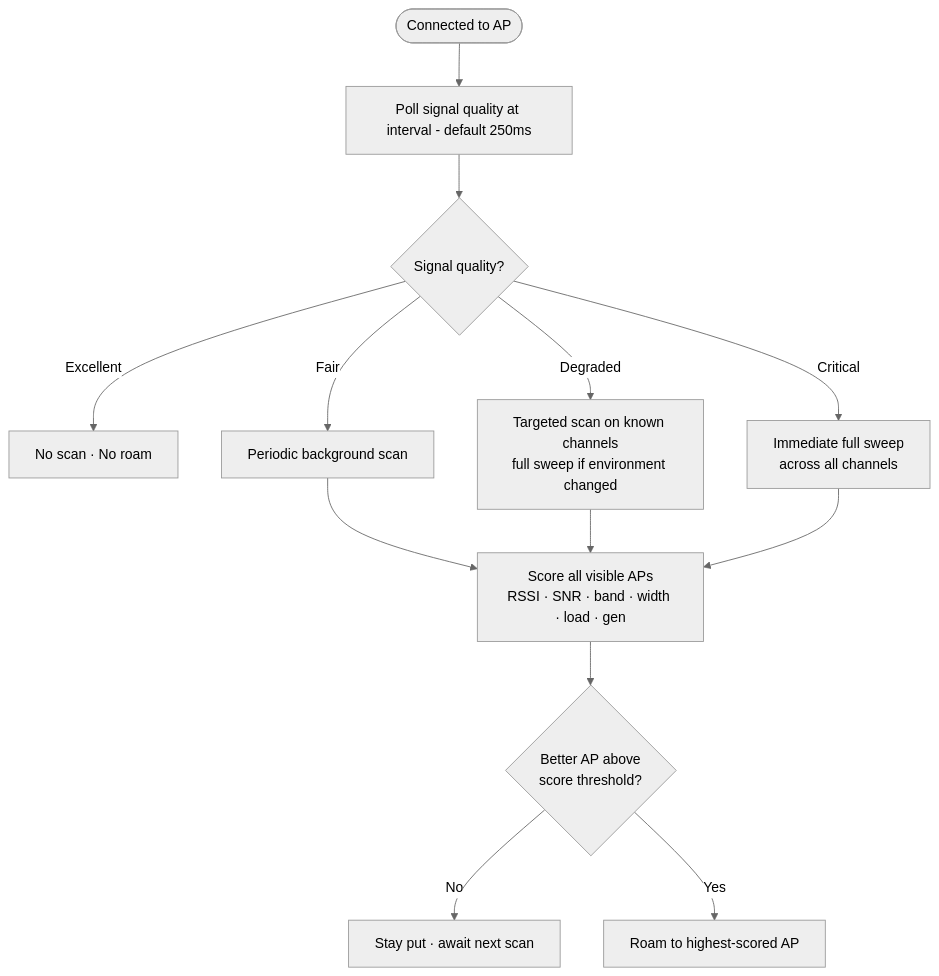
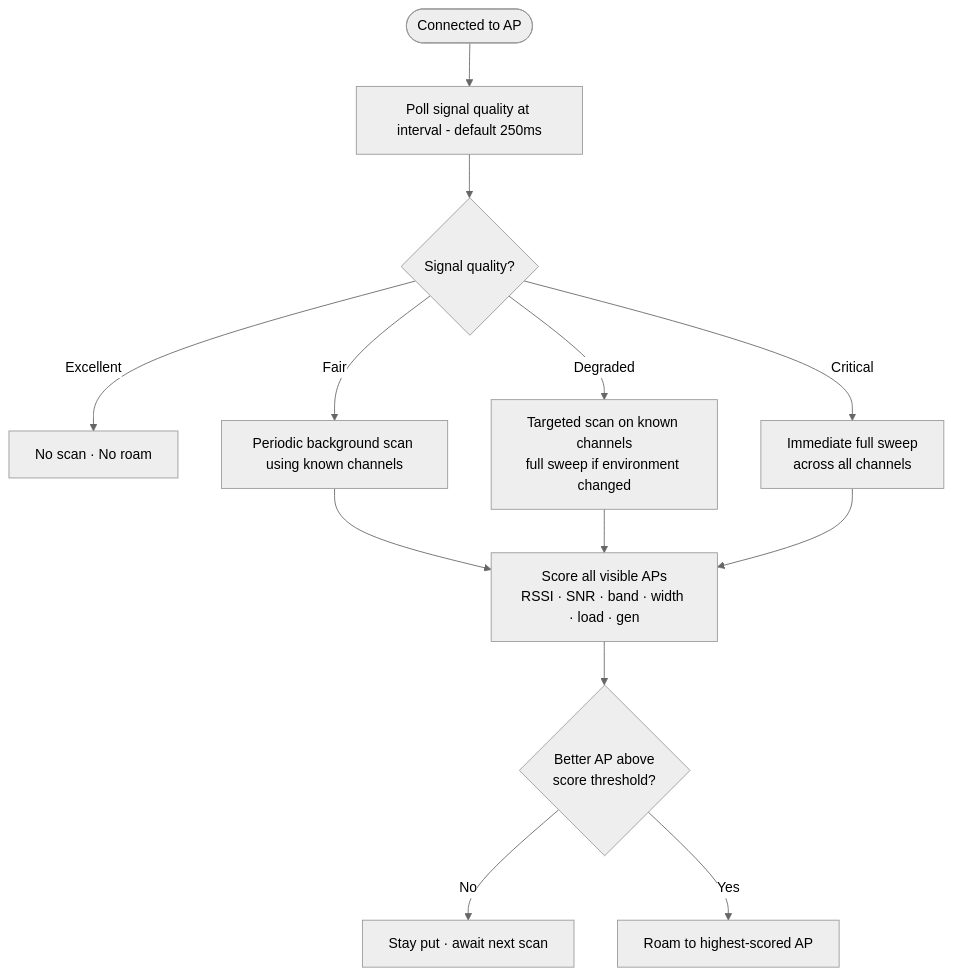
The diagram in docs/algorithm-chart.md (jwil007/roamctl), drawn with Mermaid (neutral theme) before and after one commit.

Commit message:
Clarify periodic background scan description

````diff
--- a/docs/algorithm-chart.md
+++ b/docs/algorithm-chart.md
@@ -1,25 +1,25 @@
 ```mermaid
 flowchart TD
     A([Connected to AP]) --> B[Poll signal quality at interval - default 250ms]
     B --> C{Signal quality?}
 
     C -->|Excellent| D[No scan · No roam]
     D 
 
-    C -->|Fair| E[Periodic background scan]
+    C -->|Fair| E[Periodic background scan using known channels]
     E --> H
 
     C -->|Degraded| F[Targeted scan on known channels\nfull sweep if environment changed]
     F --> H
 
     C -->|Critical| G[Immediate full sweep\nacross all channels]
     G --> H
 
     H[Score all visible APs\nRSSI · SNR · band · width · load · gen] --> I{Better AP above\nscore threshold?}
 
     I -->|No| J[Stay put · await next scan]
     J 
 
     I -->|Yes| K[Roam to highest-scored AP]
     K 
 ```
````
